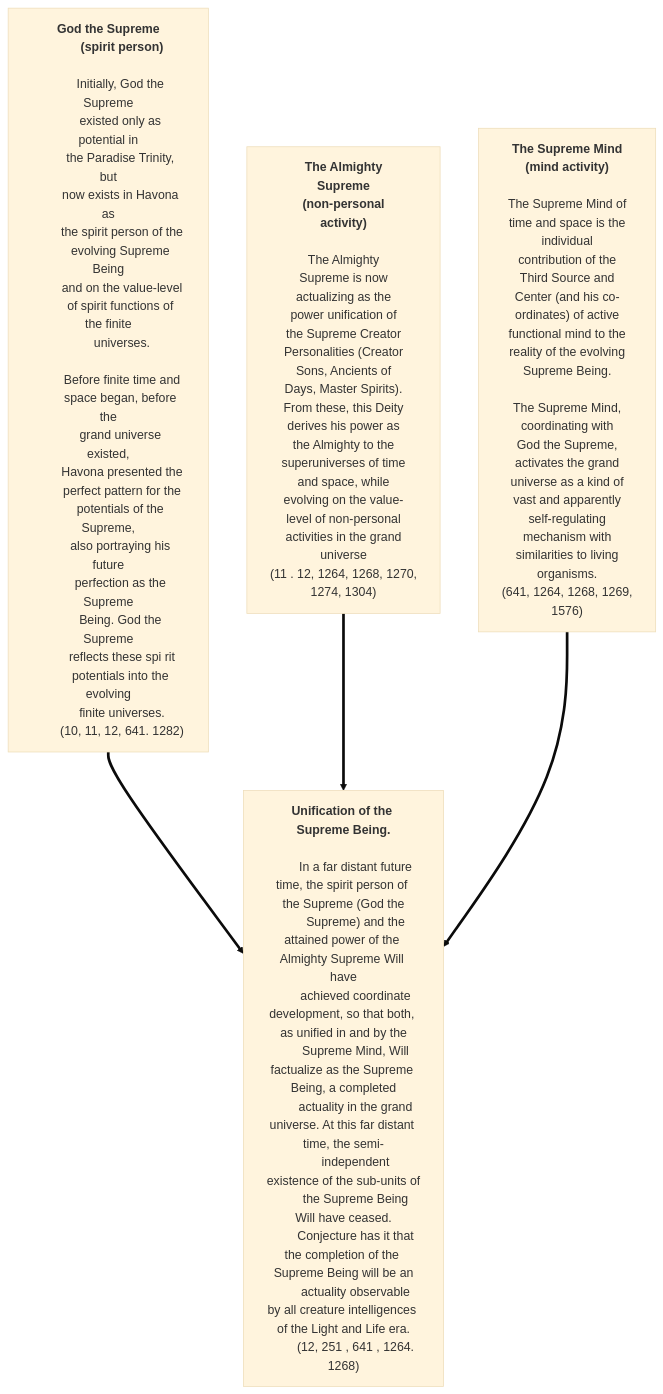
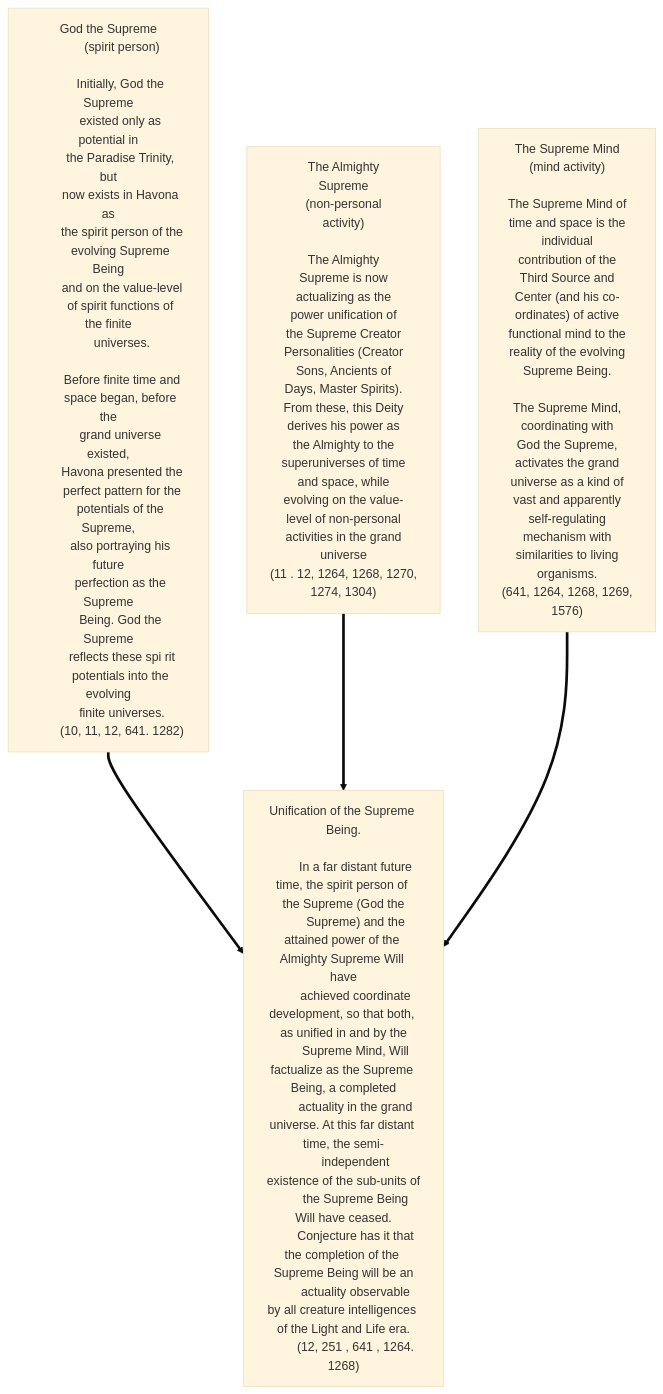
The diagram in output/wikijs/article/Evolution_of_The_Supreme_Being.md (JanHerca/urantiapedia), drawn with Mermaid (base theme) before and after one commit. The commit also changed 5 other files, not shown here.

````diff
--- a/output/wikijs/article/Evolution_of_The_Supreme_Being.md
+++ b/output/wikijs/article/Evolution_of_The_Supreme_Being.md
@@ -11,8 +11,8 @@
 ```mermaid
 flowchart TD
     GS["
-        <b>God the Supreme
-        (spirit person)</b>
+        God the Supreme
+        (spirit person)
         
         Initially, God the Supreme
         existed only as potential in
@@ -38,10 +38,10 @@
         finite universes.
         (10, 11, 12, 641. 1282)"]
     AS["
-        <b>The Almighty
+        The Almighty
         Supreme
         (non-personal
-        activity)</b>
+        activity)
 
         The Almighty
         Supreme is now
@@ -63,8 +63,8 @@
         (11 . 12, 1264, 1268, 1270,
         1274, 1304)"]
     SM["
-        <b>The Supreme Mind
-        (mind activity)</b>
+        The Supreme Mind
+        (mind activity)
 
         The Supreme Mind of
         time and space is the
@@ -91,7 +91,7 @@
         1576)
     "]
     U["
-        <b>Unification of the Supreme Being.</b>
+        Unification of the Supreme Being.
 
         In a far distant future time, the spirit person of the Supreme (God the
         Supreme) and the attained power of the Almighty Supreme Will have
````
